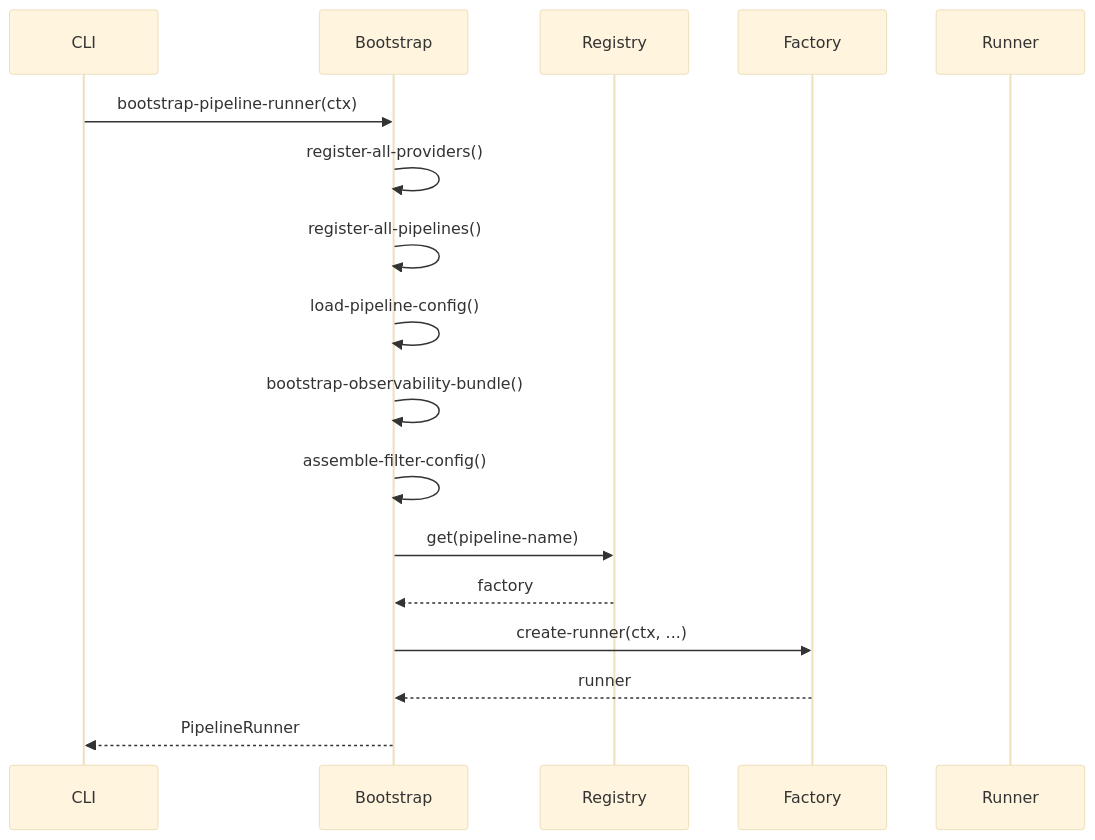
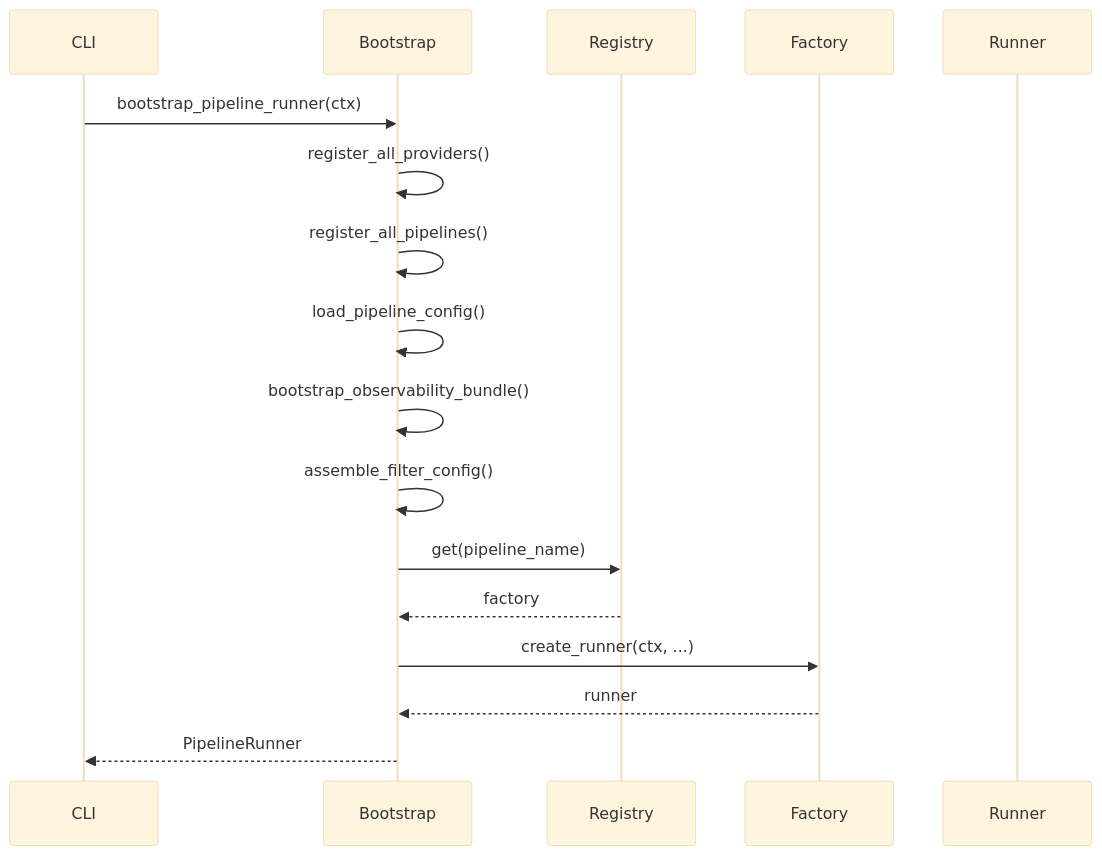
Before and after one commit to SatoryKono/BioactivityDataAcquisition: the second of 2 diagrams in docs/04-reference/api/composition/bootstrap.md, drawn with Mermaid (base theme). The commit also changed other lines of this file and 34 other files, not shown here.

````diff
--- a/docs/04-reference/api/composition/bootstrap.md
+++ b/docs/04-reference/api/composition/bootstrap.md
@@ -326,20 +326,20 @@
 ```mermaid
 sequenceDiagram
     participant CLI
     participant Bootstrap
     participant Registry
     participant Factory
     participant Runner
 
-    CLI->>Bootstrap: bootstrap-pipeline-runner(ctx)
-    Bootstrap->>Bootstrap: register-all-providers()
-    Bootstrap->>Bootstrap: register-all-pipelines()
-    Bootstrap->>Bootstrap: load-pipeline-config()
-    Bootstrap->>Bootstrap: bootstrap-observability-bundle()
-    Bootstrap->>Bootstrap: assemble-filter-config()
-    Bootstrap->>Registry: get(pipeline-name)
+    CLI->>Bootstrap: bootstrap_pipeline_runner(ctx)
+    Bootstrap->>Bootstrap: register_all_providers()
+    Bootstrap->>Bootstrap: register_all_pipelines()
+    Bootstrap->>Bootstrap: load_pipeline_config()
+    Bootstrap->>Bootstrap: bootstrap_observability_bundle()
+    Bootstrap->>Bootstrap: assemble_filter_config()
+    Bootstrap->>Registry: get(pipeline_name)
     Registry-->>Bootstrap: factory
-    Bootstrap->>Factory: create-runner(ctx, ...)
+    Bootstrap->>Factory: create_runner(ctx, ...)
     Factory-->>Bootstrap: runner
     Bootstrap-->>CLI: PipelineRunner
 ```
````
